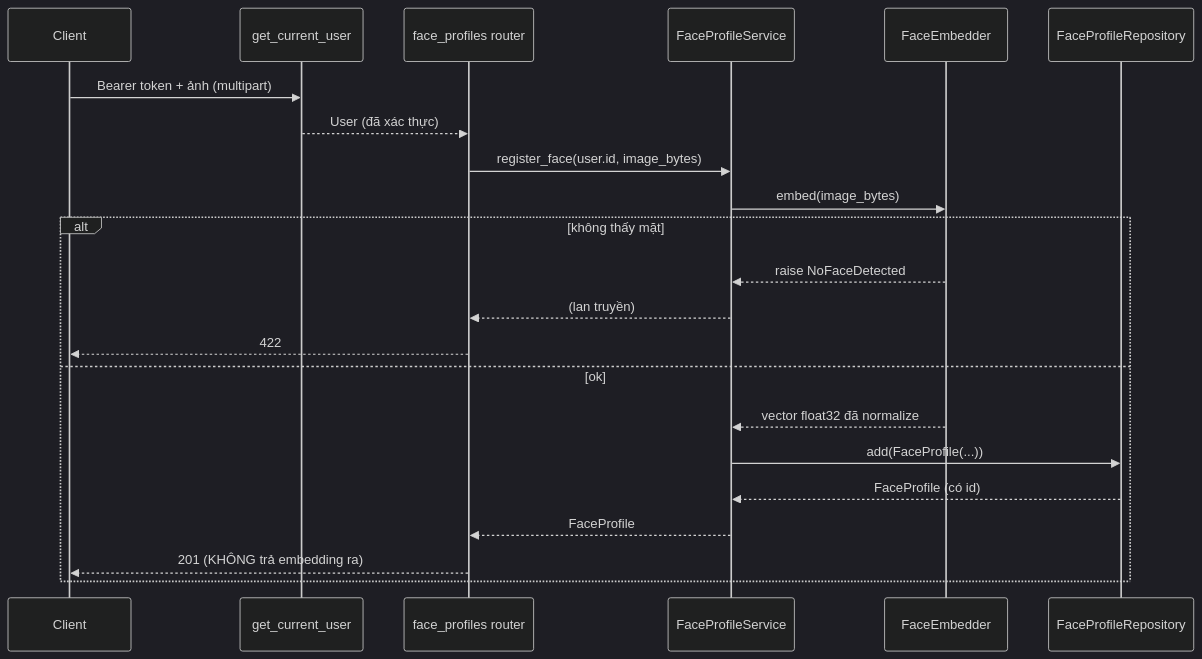
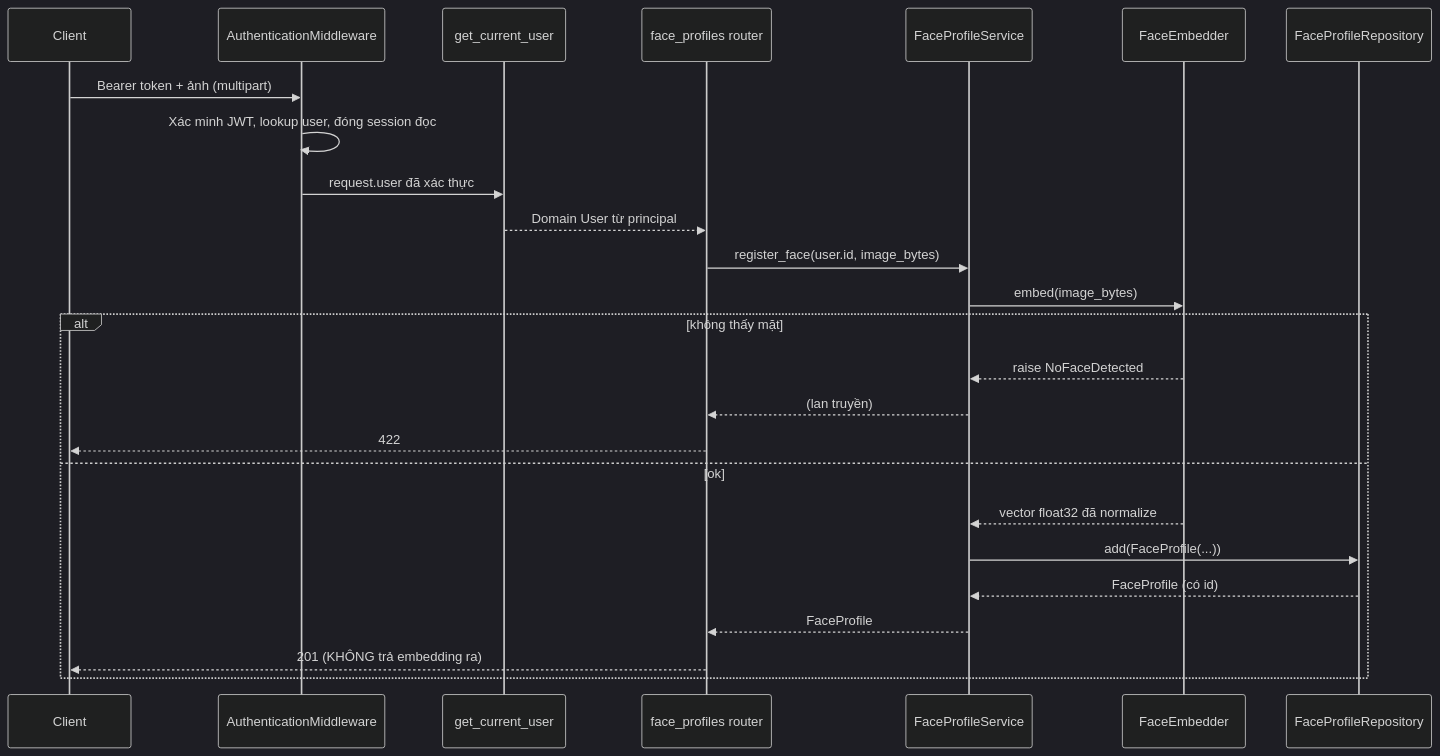
The third of 4 diagrams in docs/architecture.md (thanhphu25/face-checkin-service), drawn with Mermaid (dark theme) before and after one commit. The commit also changed other lines of this file and 36 other files, not shown here.

````diff
--- a/docs/architecture.md
+++ b/docs/architecture.md
@@ -310,25 +307,28 @@
 ```mermaid
 sequenceDiagram
     participant C as Client
+    participant MW as AuthenticationMiddleware
     participant Dep as get_current_user
     participant R as face_profiles router
     participant S as FaceProfileService
     participant E as FaceEmbedder
     participant Repo as FaceProfileRepository
 
-    C->>Dep: Bearer token + ảnh (multipart)
-    Dep-->>R: User (đã xác thực)
+    C->>MW: Bearer token + ảnh (multipart)
+    MW->>MW: Xác minh JWT, lookup user, đóng session đọc
+    MW->>Dep: request.user đã xác thực
+    Dep-->>R: Domain User từ principal
     R->>S: register_face(user.id, image_bytes)
     S->>E: embed(image_bytes)
     alt không thấy mặt
         E-->>S: raise NoFaceDetected
         S-->>R: (lan truyền)
         R-->>C: 422
     else ok
         E-->>S: vector float32 đã normalize
         S->>Repo: add(FaceProfile(...))
         Repo-->>S: FaceProfile (có id)
         S-->>R: FaceProfile
         R-->>C: 201 (KHÔNG trả embedding ra)
     end
 ```
````
